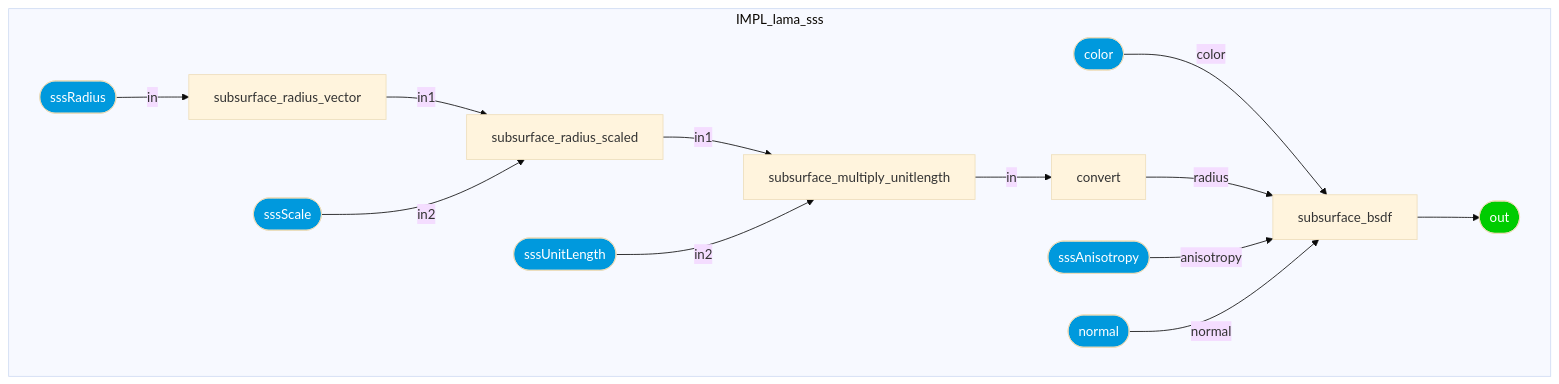
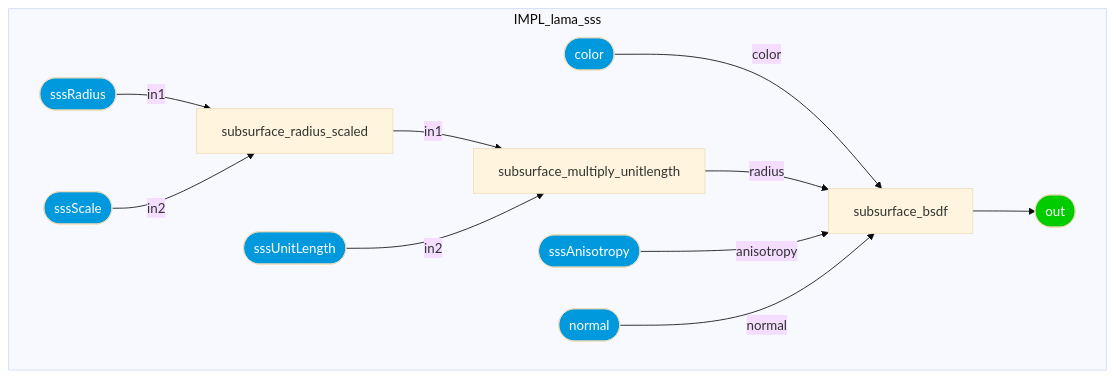
One commit to kwokcb/MaterialX_Learn changed diagram 37 of 43 in documents/definitions/bxdf_doc.md. Above: the diagram before and after it, drawn with Mermaid (base theme). The commit also changed other lines of this file and 553 other files, not shown here.

````diff
--- a/documents/definitions/bxdf_doc.md
+++ b/documents/definitions/bxdf_doc.md
@@ -3186,35 +3621,31 @@
 ```mermaid
 graph TB
     subgraph IMPL_lama_sss
-    IMPL_lama_sss_subsurface_radius_vector[subsurface_radius_vector]
     IMPL_lama_sss_subsurface_radius_scaled[subsurface_radius_scaled]
     IMPL_lama_sss_subsurface_multiply_unitlength[subsurface_multiply_unitlength]
     IMPL_lama_sss_subsurface_bsdf[subsurface_bsdf]
     style IMPL_lama_sss_out  fill:#0C0, color:#FFF
     IMPL_lama_sss_out([out])
-    IMPL_lama_sss_convert[convert]
     style IMPL_lama_sss_sssRadius  fill:#09D, color:#FFF
     IMPL_lama_sss_sssRadius([sssRadius])
     style IMPL_lama_sss_sssScale  fill:#09D, color:#FFF
     IMPL_lama_sss_sssScale([sssScale])
     style IMPL_lama_sss_sssUnitLength  fill:#09D, color:#FFF
     IMPL_lama_sss_sssUnitLength([sssUnitLength])
     style IMPL_lama_sss_color  fill:#09D, color:#FFF
     IMPL_lama_sss_color([color])
     style IMPL_lama_sss_sssAnisotropy  fill:#09D, color:#FFF
     IMPL_lama_sss_sssAnisotropy([sssAnisotropy])
     style IMPL_lama_sss_normal  fill:#09D, color:#FFF
     IMPL_lama_sss_normal([normal])
     end
-    IMPL_lama_sss_sssRadius --"in"--> IMPL_lama_sss_subsurface_radius_vector
-    IMPL_lama_sss_subsurface_radius_vector --"in1"--> IMPL_lama_sss_subsurface_radius_scaled
+    IMPL_lama_sss_sssRadius --"in1"--> IMPL_lama_sss_subsurface_radius_scaled
     IMPL_lama_sss_sssScale --"in2"--> IMPL_lama_sss_subsurface_radius_scaled
     IMPL_lama_sss_subsurface_radius_scaled --"in1"--> IMPL_lama_sss_subsurface_multiply_unitlength
     IMPL_lama_sss_sssUnitLength --"in2"--> IMPL_lama_sss_subsurface_multiply_unitlength
     IMPL_lama_sss_color --"color"--> IMPL_lama_sss_subsurface_bsdf
-    IMPL_lama_sss_convert --"radius"--> IMPL_lama_sss_subsurface_bsdf
+    IMPL_lama_sss_subsurface_multiply_unitlength --"radius"--> IMPL_lama_sss_subsurface_bsdf
     IMPL_lama_sss_sssAnisotropy --"anisotropy"--> IMPL_lama_sss_subsurface_bsdf
     IMPL_lama_sss_normal --"normal"--> IMPL_lama_sss_subsurface_bsdf
     IMPL_lama_sss_subsurface_bsdf --> IMPL_lama_sss_out
-    IMPL_lama_sss_subsurface_multiply_unitlength --"in"--> IMPL_lama_sss_convert
 ```
````
